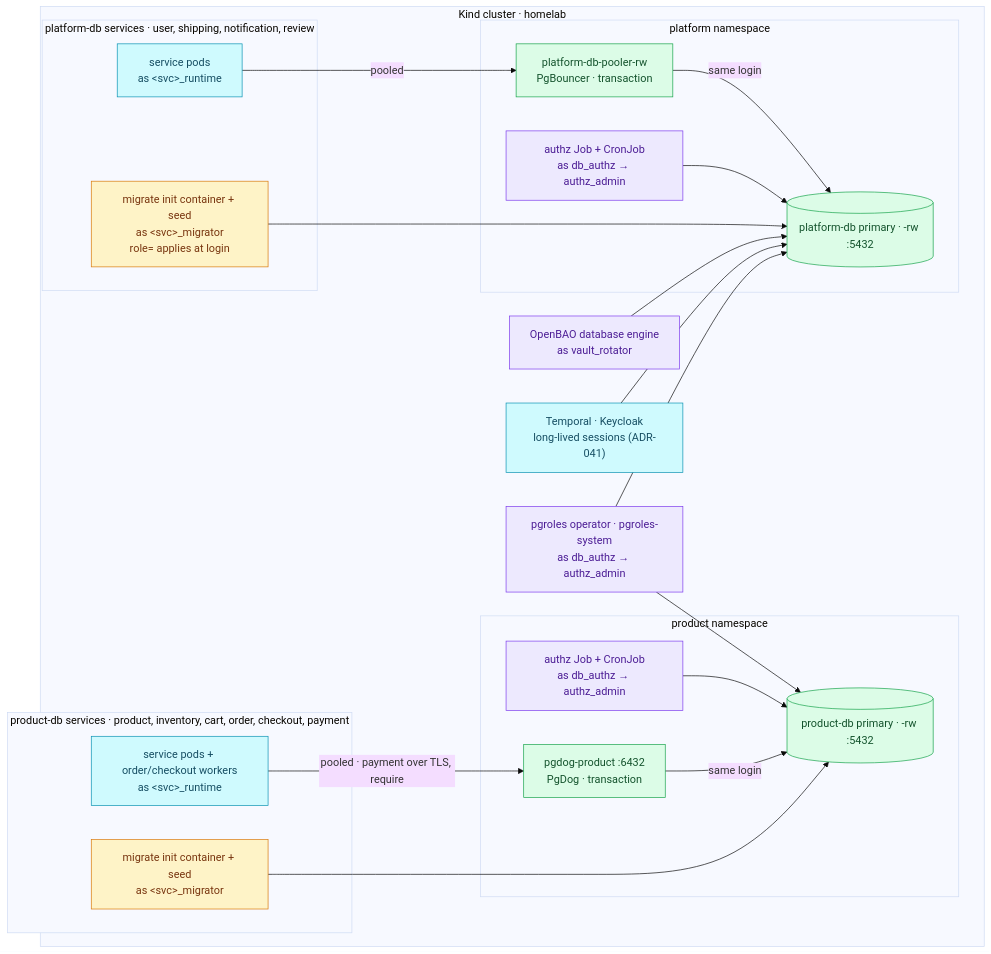
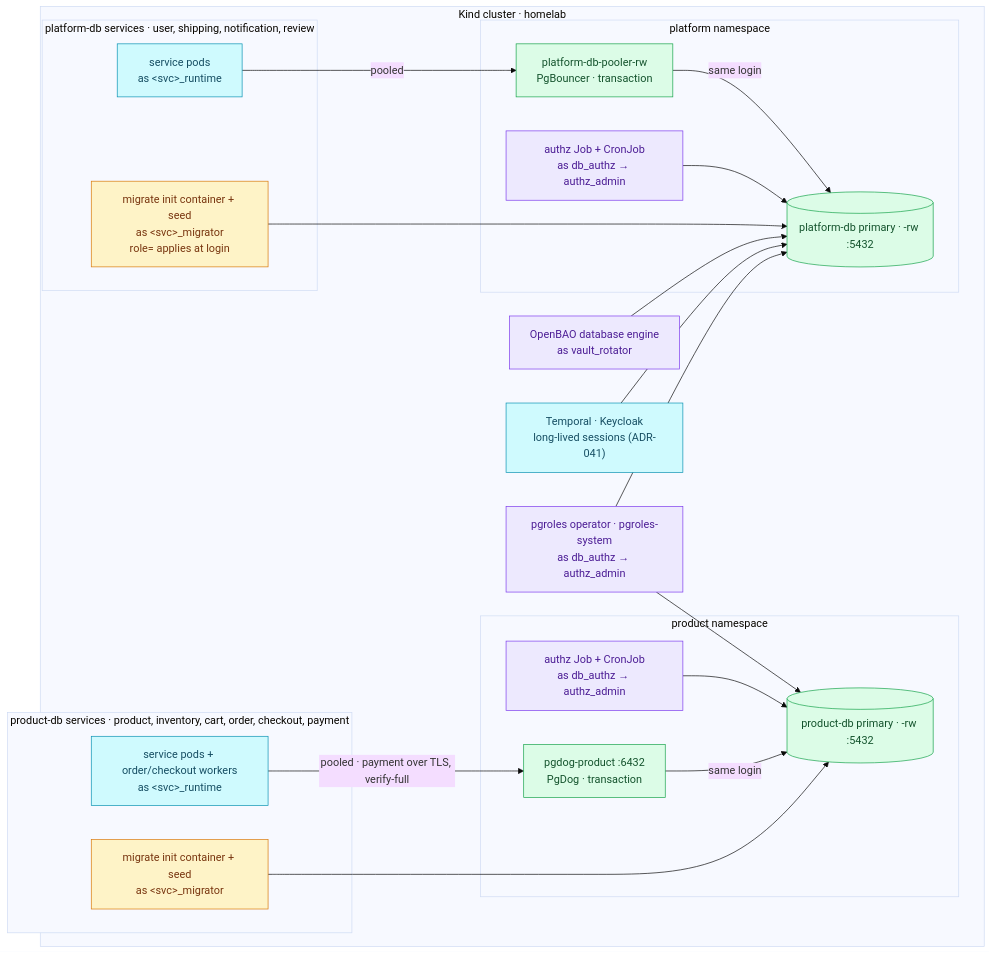
The first of 2 diagrams in docs/databases/authorization.md (duynhlab/homelab), drawn with Mermaid (base theme) before and after one commit. The commit also changed other lines of this file and 11 other files, not shown here.

First line of the commit message:
Verify PgDog from payment with verify-full (#1292)

````diff
--- a/docs/databases/authorization.md
+++ b/docs/databases/authorization.md
@@ -56,42 +56,42 @@
 ```mermaid
 flowchart TB
     subgraph cluster["Kind cluster · homelab"]
         subgraph papps["platform-db services · user, shipping, notification, review"]
             ppod["service pods<br/>as &lt;svc&gt;_runtime"]:::service
             pmig["migrate init container + seed<br/>as &lt;svc&gt;_migrator<br/>role= applies at login"]:::worker
         end
         subgraph rapps["product-db services · product, inventory, cart, order, checkout, payment"]
             rpod["service pods + order/checkout workers<br/>as &lt;svc&gt;_runtime"]:::service
             rmig["migrate init container + seed<br/>as &lt;svc&gt;_migrator"]:::worker
         end
         pgr["pgroles operator · pgroles-system<br/>as db_authz → authz_admin"]:::platform
         bao["OpenBAO database engine<br/>as vault_rotator"]:::platform
         other["Temporal · Keycloak<br/>long-lived sessions (ADR-041)"]:::service
         subgraph plat["platform namespace"]
             pjob["authz Job + CronJob<br/>as db_authz → authz_admin"]:::platform
             pooler["platform-db-pooler-rw<br/>PgBouncer · transaction"]:::data
             prw[("platform-db primary · -rw :5432")]:::data
         end
         subgraph prod["product namespace"]
             rjob["authz Job + CronJob<br/>as db_authz → authz_admin"]:::platform
             pgdog["pgdog-product :6432<br/>PgDog · transaction"]:::data
             rrw[("product-db primary · -rw :5432")]:::data
         end
     end
 
     ppod -->|"pooled"| pooler -->|"same login"| prw
     pmig --> prw
     pjob --> prw
     bao --> prw
     other --> prw
-    rpod -->|"pooled · payment over TLS, require"| pgdog -->|"same login"| rrw
+    rpod -->|"pooled · payment over TLS, verify-full"| pgdog -->|"same login"| rrw
     rmig --> rrw
     rjob --> rrw
     pgr --> prw
     pgr --> rrw
 
     classDef service fill:#cffafe,color:#164e63,stroke:#0891b2;
     classDef worker fill:#fef3c7,color:#78350f,stroke:#d97706;
     classDef platform fill:#ede9fe,color:#4c1d95,stroke:#7c3aed;
     classDef data fill:#dcfce7,color:#14532d,stroke:#16a34a;
 ```
````
